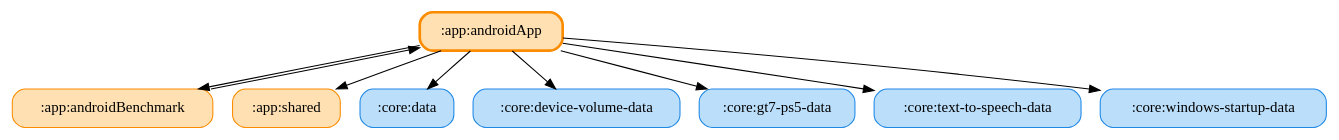
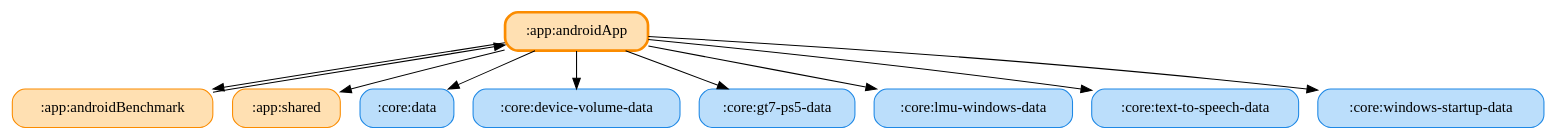
The diagram in docs/graphs/app-androidApp.gv (ai-kurou/KoDriver), drawn with Graphviz before and after one commit. The commit also changed 5 other files, not shown here.

Commit message:
chore: update module graph images

```diff
--- a/docs/graphs/app-androidApp.gv
+++ b/docs/graphs/app-androidApp.gv
@@ -1,20 +1,22 @@
 digraph G {
   rankdir=TB
   node [shape=box, style="rounded,filled"]
   ":app:androidApp" [fillcolor="#FFE0B2", color="#FB8C00", penwidth=2.5]
   ":app:androidBenchmark" [fillcolor="#FFE0B2", color="#FB8C00", penwidth=1]
   ":app:shared" [fillcolor="#FFE0B2", color="#FB8C00", penwidth=1]
   ":core:data" [fillcolor="#BBDEFB", color="#1E88E5", penwidth=1]
   ":core:device-volume-data" [fillcolor="#BBDEFB", color="#1E88E5", penwidth=1]
   ":core:gt7-ps5-data" [fillcolor="#BBDEFB", color="#1E88E5", penwidth=1]
+  ":core:lmu-windows-data" [fillcolor="#BBDEFB", color="#1E88E5", penwidth=1]
   ":core:text-to-speech-data" [fillcolor="#BBDEFB", color="#1E88E5", penwidth=1]
   ":core:windows-startup-data" [fillcolor="#BBDEFB", color="#1E88E5", penwidth=1]
   ":app:androidApp" -> ":app:shared"
   ":app:androidApp" -> ":app:androidBenchmark"
   ":app:androidApp" -> ":core:data"
   ":app:androidApp" -> ":core:gt7-ps5-data"
+  ":app:androidApp" -> ":core:lmu-windows-data"
   ":app:androidApp" -> ":core:device-volume-data"
   ":app:androidApp" -> ":core:text-to-speech-data"
   ":app:androidApp" -> ":core:windows-startup-data"
   ":app:androidBenchmark" -> ":app:androidApp"
 }
```
